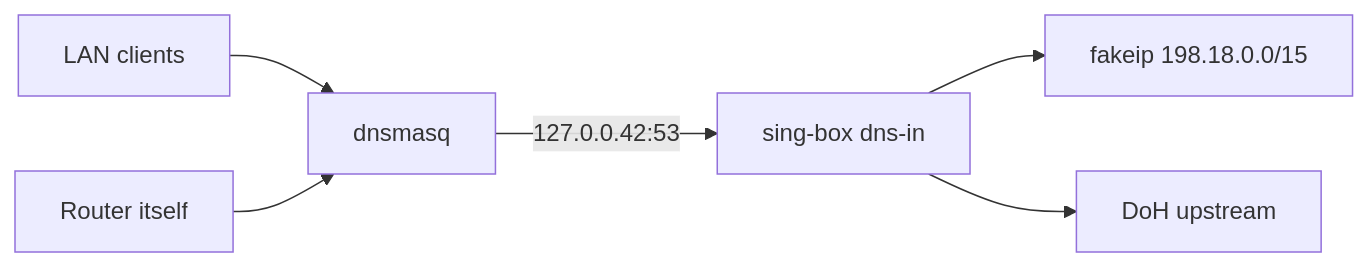
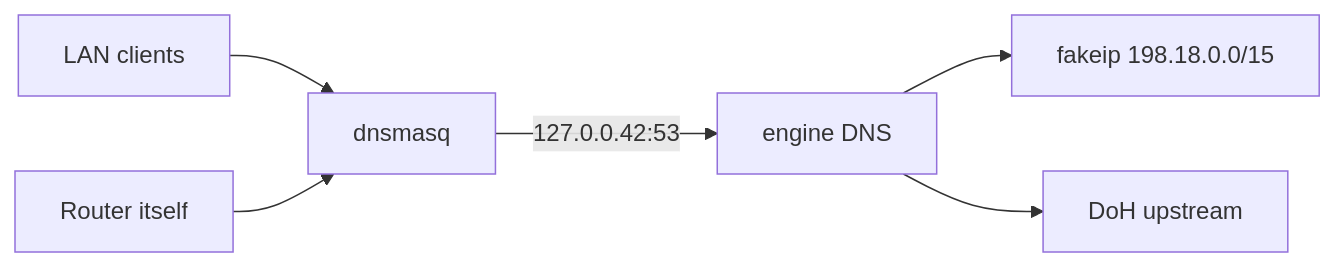
One commit to timofey-maykov/openwrt-hybrid-failover changed the second of 2 diagrams in docs/OVERVIEW.md. Above: the diagram before and after it, drawn with Mermaid. The commit also changed other lines of this file and 98 other files, not shown here.

````diff
--- a/docs/OVERVIEW.md
+++ b/docs/OVERVIEW.md
@@ -69,8 +69,8 @@
 ```mermaid
 flowchart LR
   LAN[LAN clients] --> dnsmasq
-  dnsmasq -->|"127.0.0.42:53"| singboxDNS[sing-box dns-in]
-  singboxDNS --> fakeip[fakeip 198.18.0.0/15]
-  singboxDNS --> doh[DoH upstream]
+  dnsmasq -->|"127.0.0.42:53"| engineDNS[engine DNS]
+  engineDNS --> fakeip[fakeip 198.18.0.0/15]
+  engineDNS --> doh[DoH upstream]
   router[Router itself] --> dnsmasq
 ```
````
